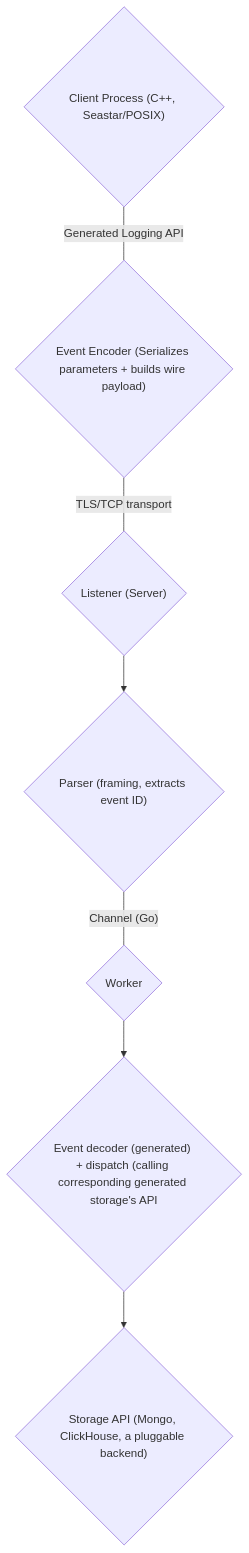
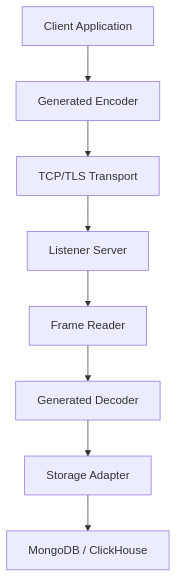
One commit to vadimsu/distributed_logger changed the diagram in README.md. Above: the diagram before and after it, drawn with Mermaid.

Commit message:
Update architecture diagram in README.md

````diff
--- a/README.md
+++ b/README.md
@@ -89,10 +89,11 @@
 ```mermaid
-flowchart TB;
-  A{"Client Process (C++, Seastar/POSIX)"}-- Generated Logging API---B{"Event Encoder (Serializes parameters + builds wire payload)"}
-  B-- TLS/TCP transport---C{"Listener (Server)"}
-  C-->D{"Parser (framing, extracts event ID)"}
-  D-- Channel (Go) ---E{"Worker"}
-  E-->F{"Event decoder (generated) + dispatch (calling corresponding generated storage's API"}
-  F-->S{"Storage API (Mongo, ClickHouse, a pluggable backend)"}
-  
+flowchart TD
+
+A[Client Application] --> B[Generated Encoder]
+B --> C[TCP/TLS Transport]
+C --> D[Listener Server]
+D --> E[Frame Reader]
+E --> F[Generated Decoder]
+F --> G[Storage Adapter]
+G --> H[MongoDB / ClickHouse]
 ```
````
